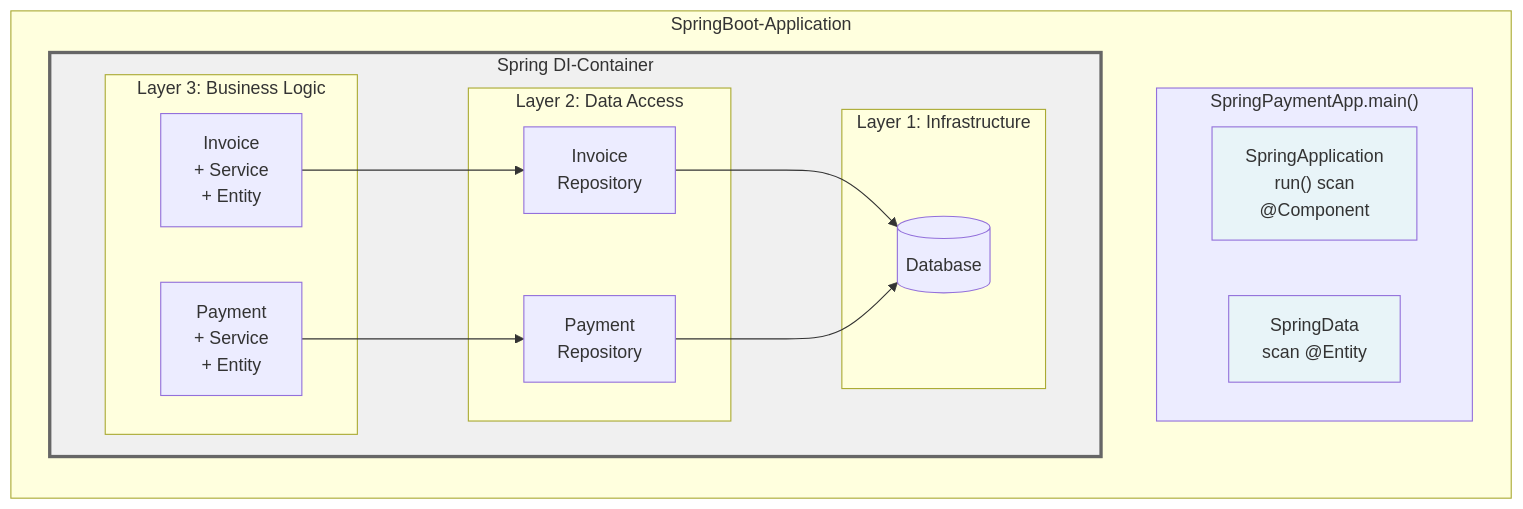
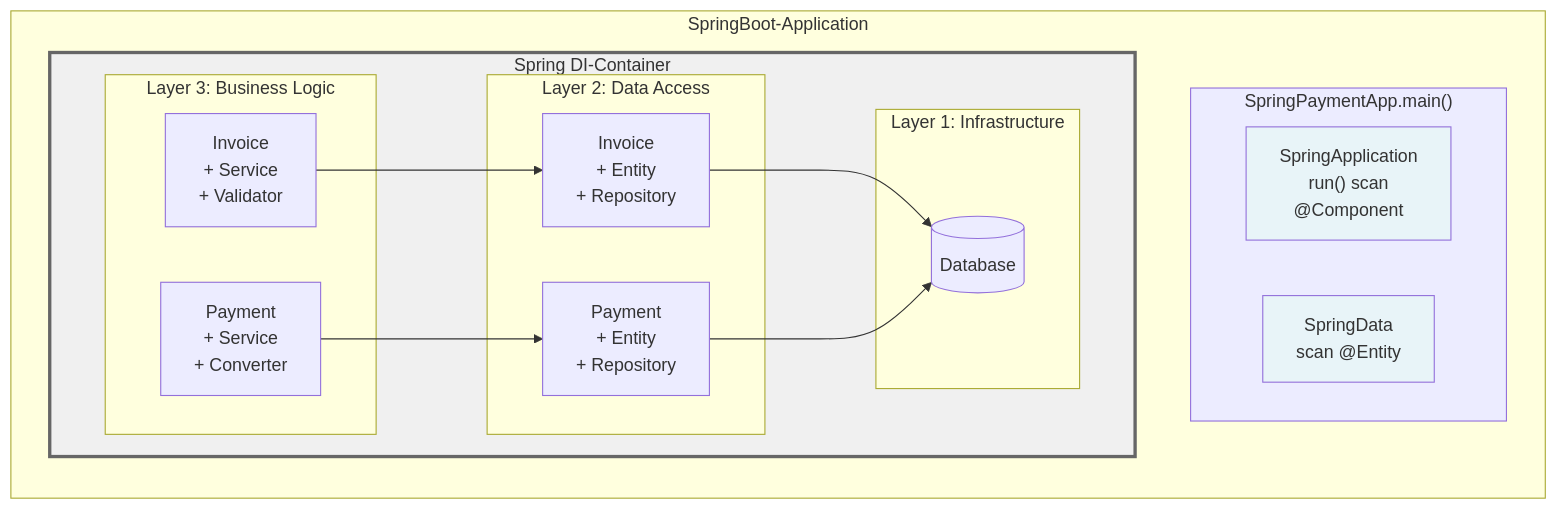
The first of 5 diagrams in blog/000_system_composition_de.md (andreas-wagner-dev/object-oriented-learning-journey), drawn with Mermaid before and after one commit. The commit also changed other lines of this file, not shown here.

````diff
--- a/blog/000_system_composition_de.md
+++ b/blog/000_system_composition_de.md
@@ -41,41 +42,41 @@
 ```mermaid
 graph LR
 
     subgraph LR Spring["SpringBoot-Application"]
 
         subgraph Magic["SpringPaymentApp.main()"]
             App["SpringApplication<br>run() scan<br/>@Component"]
             ORM["SpringData<br>scan @Entity"]
         end
 
         subgraph Container["Spring DI-Container"]
 
             subgraph L3["Layer 3: Business Logic"]
-                Invoice["Invoice<br/>+ Service<br/>+ Entity"]
-                Payment["Payment<br/>+ Service<br/>+ Entity"]
+                Invoice["Invoice<br/>+ Service<br/>+ Validator"]
+                Payment["Payment<br/>+ Service<br/>+ Converter"]
             end
 
             subgraph L2["Layer 2: Data Access"]
-                InvoiceRepo[Invoice<br/>Repository]
-                PaymentRepo[Payment<br/>Repository]
+                InvoiceRepo["Invoice<br/>+ Entity<br/>+ Repository"]
+                PaymentRepo["Payment<br/>+ Entity<br/>+ Repository"]
             end
 
             subgraph L1["Layer 1: Infrastructure"]
                 DB[(Database)]
             end
 
         end
 
     end
 
     Invoice --> InvoiceRepo
     Payment --> PaymentRepo
     InvoiceRepo --> DB
     PaymentRepo --> DB
 
     style App fill:#e8f4f8
     style ORM fill:#e8f4f8
     style Container fill:#f0f0f0,stroke:#666,stroke-width:3px
     style Magic fill:#ececff,stroke:#9370db
 
 ```
````
